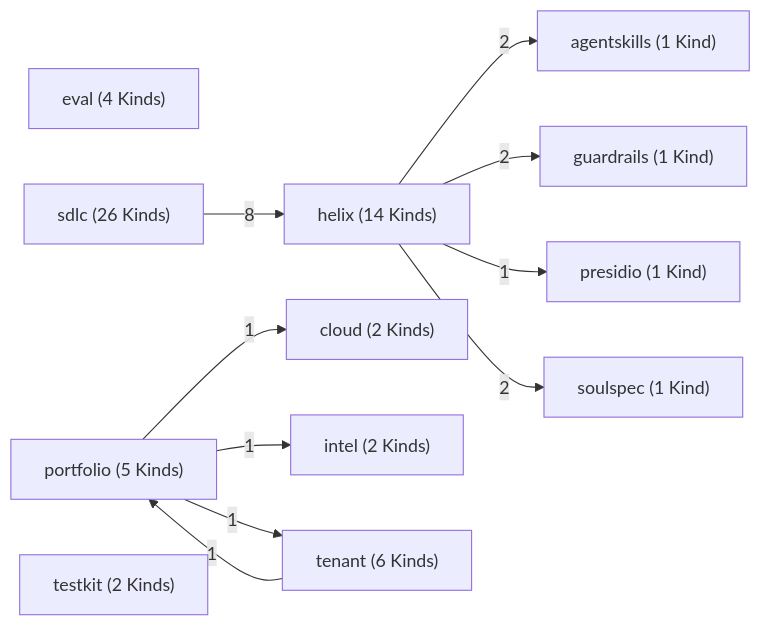
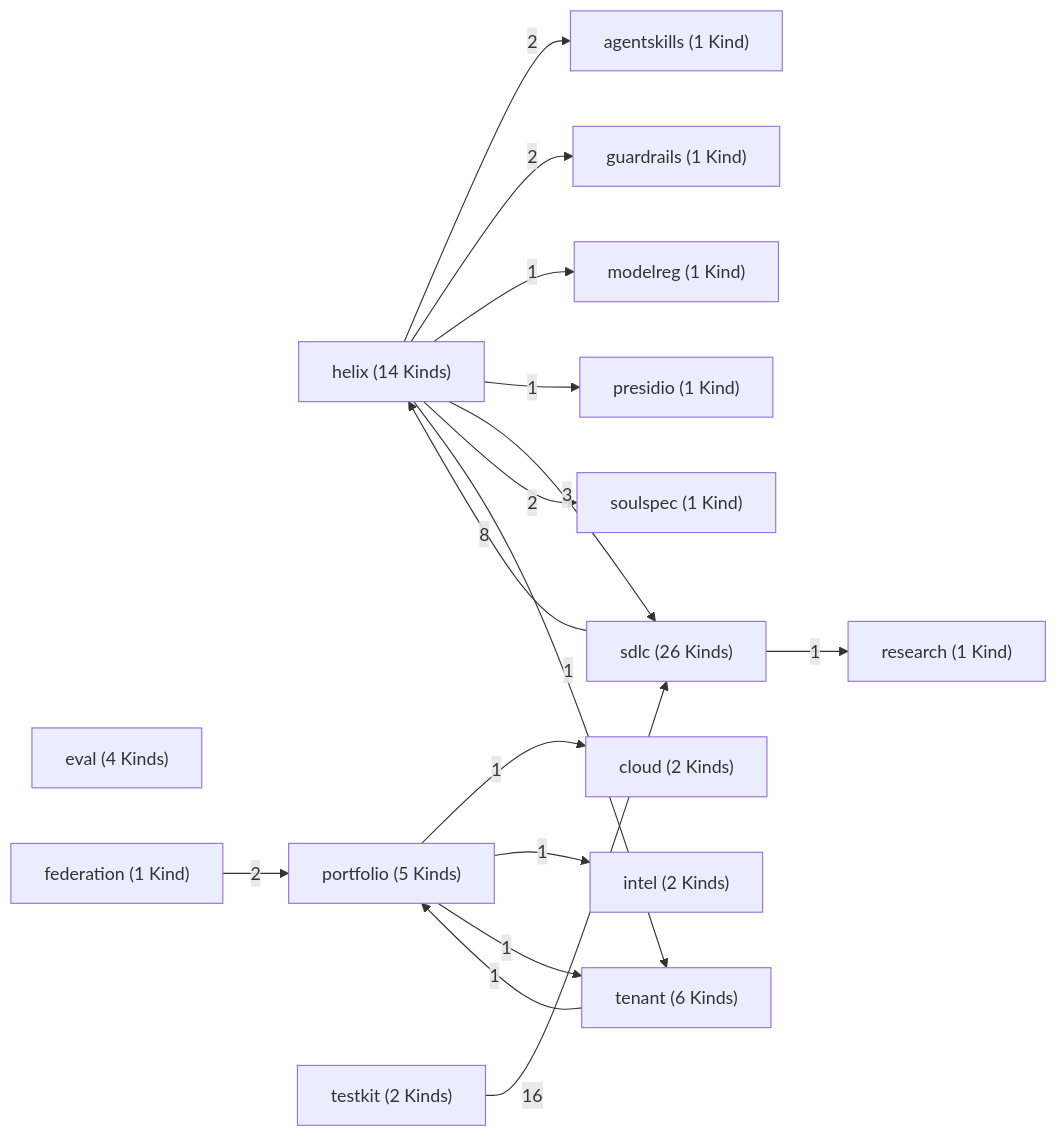
The first of 11 diagrams in docs/reference/data-model.md (ruinosus/dna), drawn with Mermaid before and after one commit. The commit also changed other lines of this file and 694 other files, not shown here.

````diff
--- a/docs/reference/data-model.md
+++ b/docs/reference/data-model.md
@@ -91,24 +91,33 @@
 ```mermaid
 flowchart LR
     agentskills["agentskills (1 Kind)"]
     cloud["cloud (2 Kinds)"]
     eval["eval (4 Kinds)"]
+    federation["federation (1 Kind)"]
     guardrails["guardrails (1 Kind)"]
     helix["helix (14 Kinds)"]
     intel["intel (2 Kinds)"]
+    modelreg["modelreg (1 Kind)"]
     portfolio["portfolio (5 Kinds)"]
     presidio["presidio (1 Kind)"]
+    research["research (1 Kind)"]
     sdlc["sdlc (26 Kinds)"]
     soulspec["soulspec (1 Kind)"]
     tenant["tenant (6 Kinds)"]
     testkit["testkit (2 Kinds)"]
+    federation -->|2| portfolio
     helix -->|2| agentskills
     helix -->|2| guardrails
+    helix -->|1| modelreg
     helix -->|1| presidio
+    helix -->|3| sdlc
     helix -->|2| soulspec
+    helix -->|1| tenant
     portfolio -->|1| cloud
     portfolio -->|1| intel
     portfolio -->|1| tenant
     sdlc -->|8| helix
+    sdlc -->|1| research
     tenant -->|1| portfolio
+    testkit -->|16| sdlc
 ```
````
